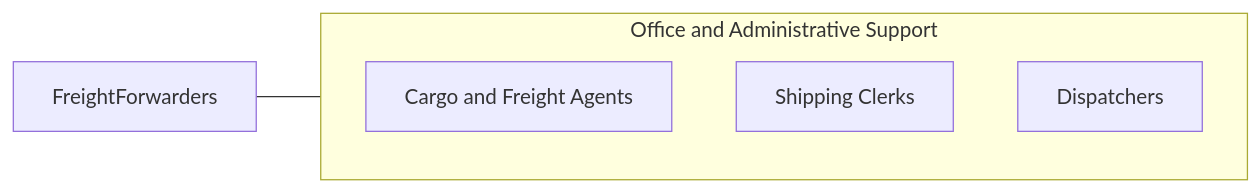
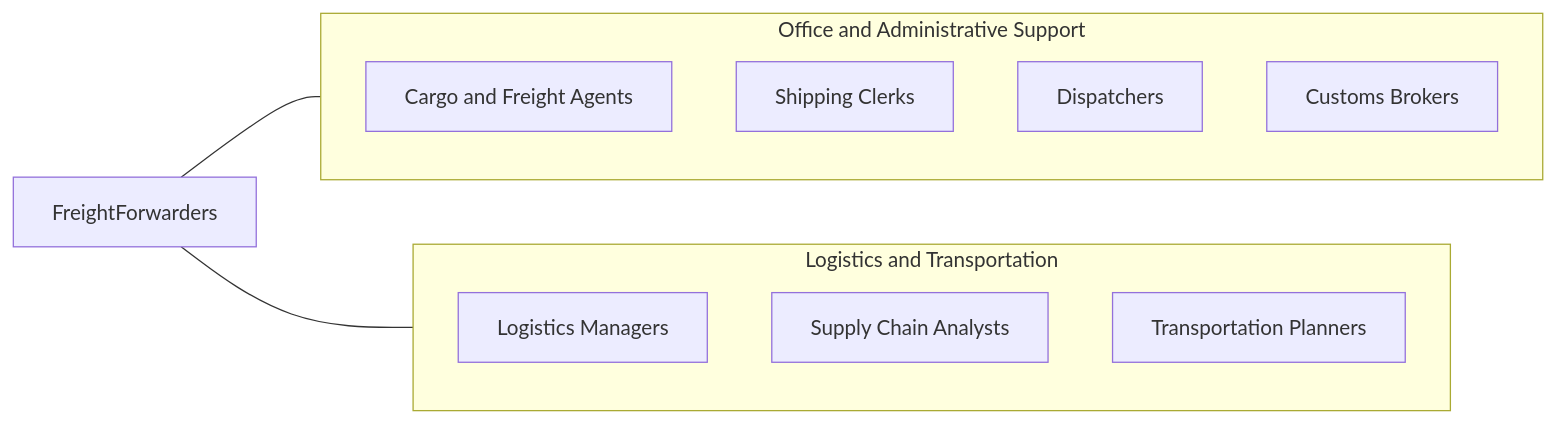
Before and after one commit to kziemski/business.org.ai: the fourth of 4 diagrams in occupations/Administrative/FreightForwarders.mdx, drawn with Mermaid. The commit also changed other lines of this file and 19 other files, not shown here.

````diff
--- a/occupations/Administrative/FreightForwarders.mdx
+++ b/occupations/Administrative/FreightForwarders.mdx
@@ -101,10 +215,20 @@
 ```mermaid
 graph LR
     Current["FreightForwarders"]
+
     subgraph SameCategory["Office and Administrative Support"]
-        RCargoandFreightAgents["Cargo and Freight Agents"]
-        RShippingClerks["Shipping Clerks"]
-        RDispatchers["Dispatchers"]
+        CargoAgents["Cargo and Freight Agents"]
+        ShippingClerks["Shipping Clerks"]
+        Dispatchers["Dispatchers"]
+        CustomsClerks["Customs Brokers"]
     end
+
+    subgraph CrossFunctional["Logistics and Transportation"]
+        LogisticsManagers["Logistics Managers"]
+        SupplyChainAnalysts["Supply Chain Analysts"]
+        TransportationPlanners["Transportation Planners"]
+    end
+
     Current --- SameCategory
+    Current --- CrossFunctional
 ```
````
